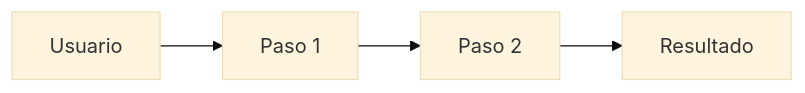
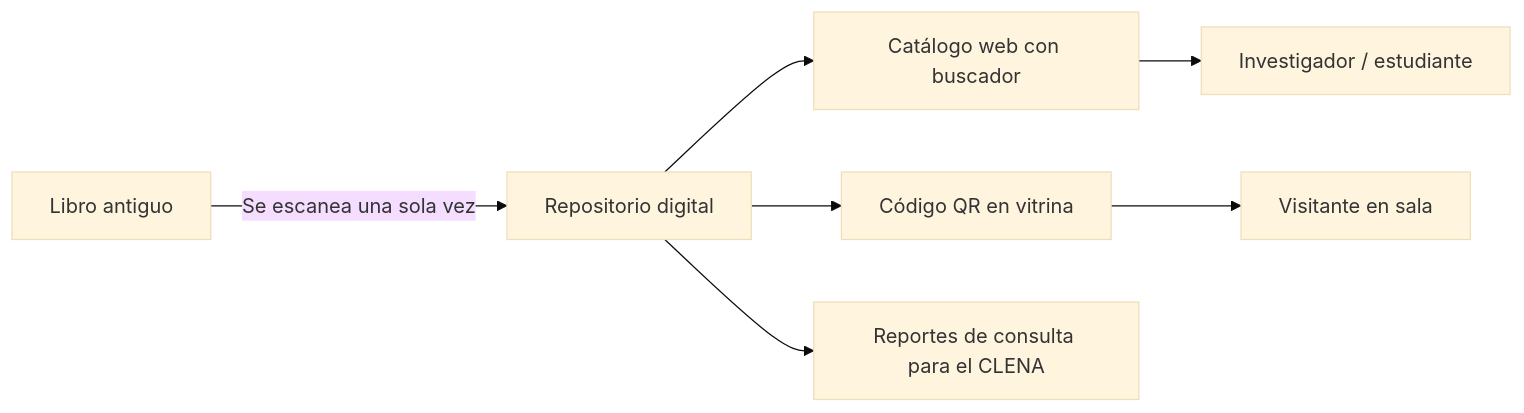
The diagram in propuesta/propuesta-solucion.md (Jrianopro20/clena-biblioteca-piloto), drawn with Mermaid (base theme) before and after one commit. The commit also changed other lines of this file and 5 other files, not shown here.

````diff
--- a/propuesta/propuesta-solucion.md
+++ b/propuesta/propuesta-solucion.md
@@ -30,6 +42,9 @@
 ```mermaid
 flowchart LR
-    A[Usuario] --> B[Paso 1]
-    B --> C[Paso 2]
-    C --> D[Resultado]
+    A[Libro antiguo] -->|Se escanea una sola vez| B[Repositorio digital]
+    B --> C[Catálogo web con buscador]
+    B --> D[Código QR en vitrina]
+    C --> E[Investigador / estudiante]
+    D --> F[Visitante en sala]
+    B --> G[Reportes de consulta para el CLENA]
 ```
````
